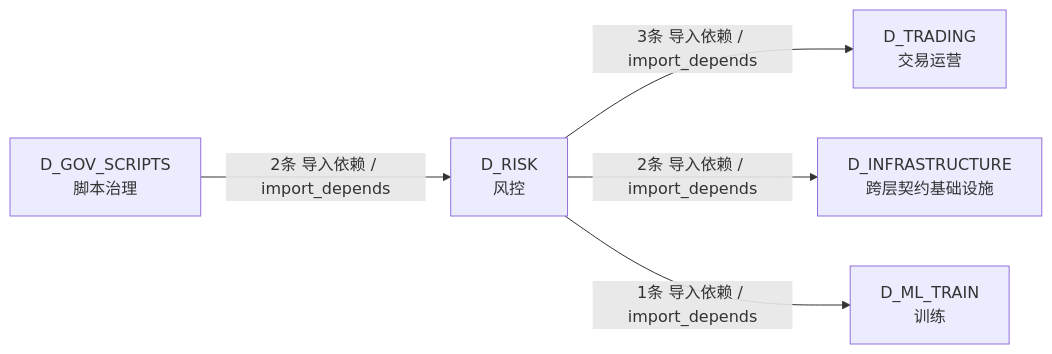
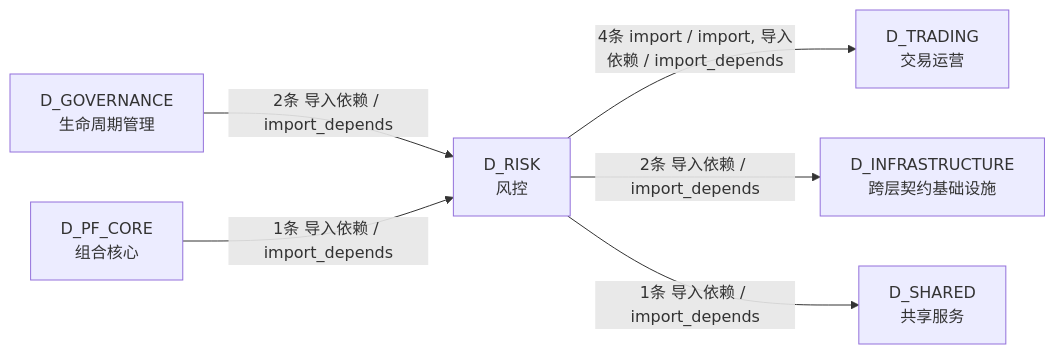
The third of 3 diagrams in docs/02_enterprise_architecture/02_domain_architecture_docs/65_d_risk.md (xuanFelixVan/ZephyrAlpha), drawn with Mermaid before and after one commit. The commit also changed other lines of this file and 79 other files, not shown here.

````diff
--- a/docs/02_enterprise_architecture/02_domain_architecture_docs/65_d_risk.md
+++ b/docs/02_enterprise_architecture/02_domain_architecture_docs/65_d_risk.md
@@ -208,12 +208,14 @@
 ```mermaid
 graph LR
     D_RISK["D_RISK<br/>风控"]
     D_TRADING["D_TRADING<br/>交易运营"]
     D_INFRASTRUCTURE["D_INFRASTRUCTURE<br/>跨层契约基础设施"]
-    D_ML_TRAIN["D_ML_TRAIN<br/>训练"]
-    D_GOV_SCRIPTS["D_GOV_SCRIPTS<br/>脚本治理"]
-    D_RISK -->|3条 导入依赖 / import_depends| D_TRADING
+    D_SHARED["D_SHARED<br/>共享服务"]
+    D_GOVERNANCE["D_GOVERNANCE<br/>生命周期管理"]
+    D_PF_CORE["D_PF_CORE<br/>组合核心"]
+    D_RISK -->|4条 import / import, 导入依赖 / import_depends| D_TRADING
     D_RISK -->|2条 导入依赖 / import_depends| D_INFRASTRUCTURE
-    D_RISK -->|1条 导入依赖 / import_depends| D_ML_TRAIN
-    D_GOV_SCRIPTS -->|2条 导入依赖 / import_depends| D_RISK
+    D_RISK -->|1条 导入依赖 / import_depends| D_SHARED
+    D_GOVERNANCE -->|2条 导入依赖 / import_depends| D_RISK
+    D_PF_CORE -->|1条 导入依赖 / import_depends| D_RISK
 ```
````
